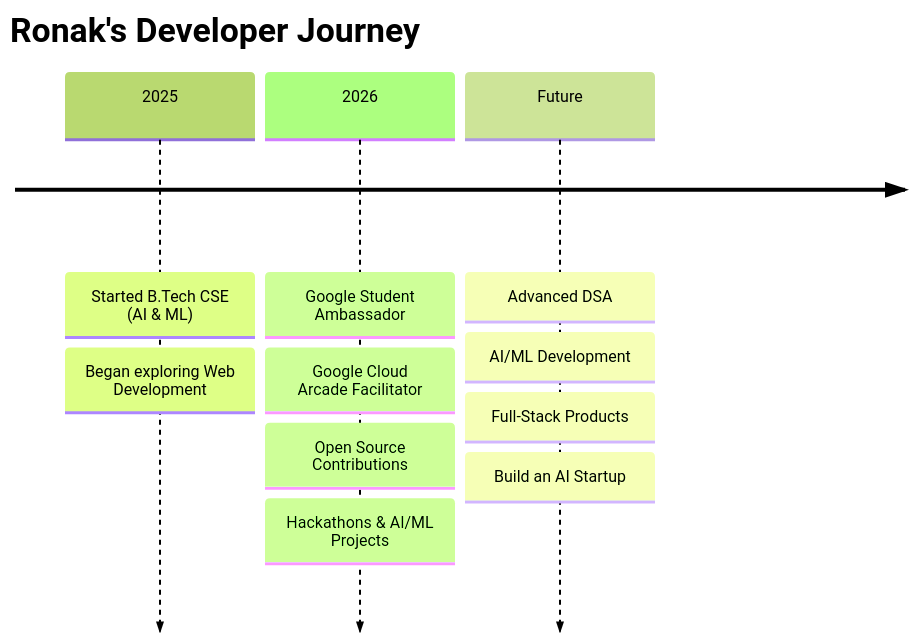
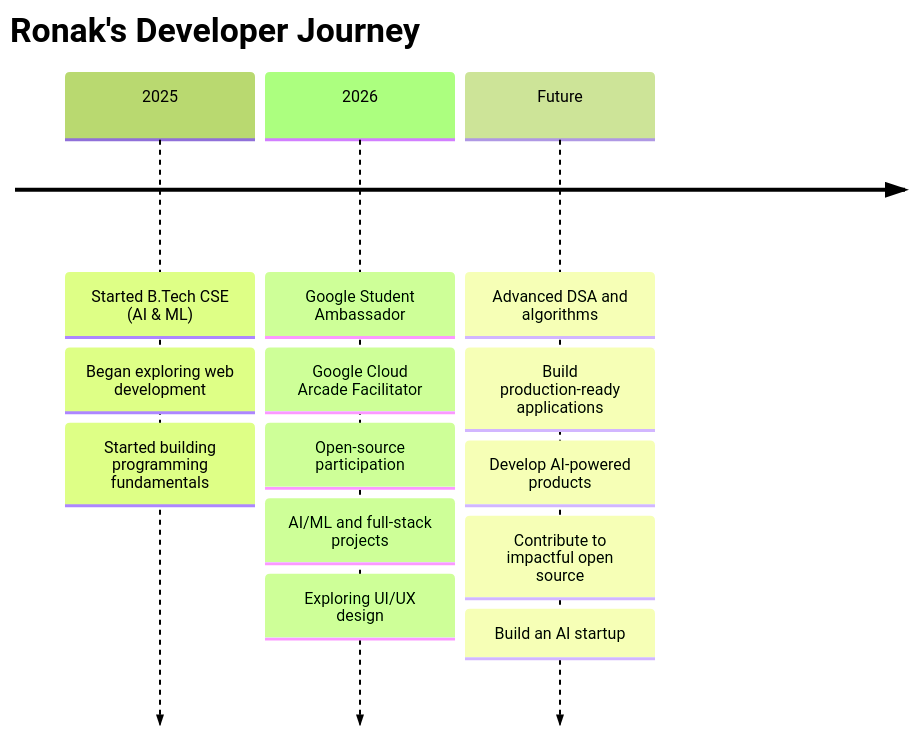
Before and after one commit to ronaksharma2908/ronaksharma2908: the diagram in README.md, drawn with Mermaid (forest theme). The commit also changed other lines of this file, not shown here.

````diff
--- a/README.md
+++ b/README.md
@@ -304,17 +463,20 @@
 ```mermaid
 timeline
     title Ronak's Developer Journey
 
     2025 : Started B.Tech CSE (AI & ML)
-         : Began exploring Web Development
-         
+         : Began exploring web development
+         : Started building programming fundamentals
+
     2026 : Google Student Ambassador
          : Google Cloud Arcade Facilitator
-         : Open Source Contributions
-         : Hackathons & AI/ML Projects
-         
-    Future : Advanced DSA
-           : AI/ML Development
-           : Full-Stack Products
-           : Build an AI Startup
+         : Open-source participation
+         : AI/ML and full-stack projects
+         : Exploring UI/UX design
+
+    Future : Advanced DSA and algorithms
+           : Build production-ready applications
+           : Develop AI-powered products
+           : Contribute to impactful open source
+           : Build an AI startup
 ```
````
